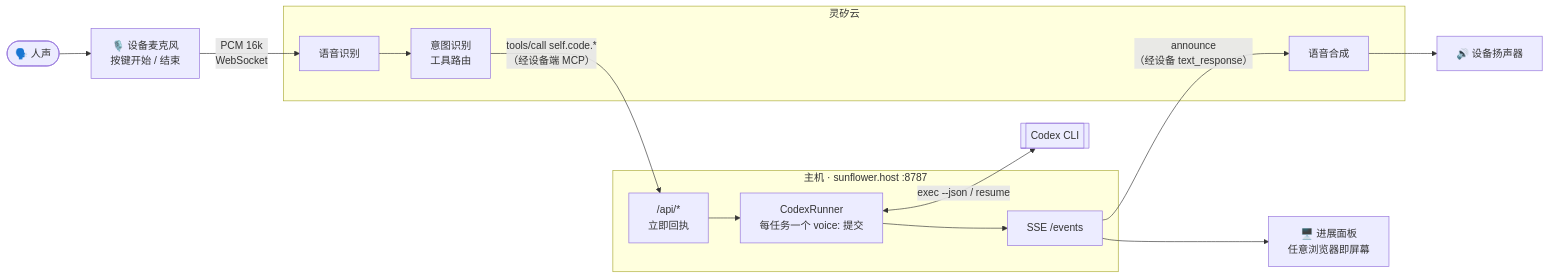
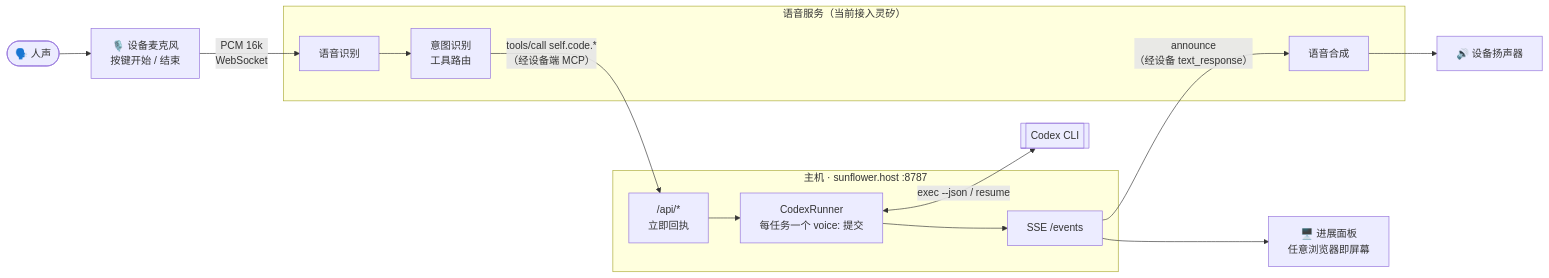
The first of 2 diagrams in README.md (Qiniu-ERE/Sunflower), drawn with Mermaid before and after one commit. The commit also changed other lines of this file and 14 other files, not shown here.

````diff
--- a/README.md
+++ b/README.md
@@ -44,22 +73,22 @@
 ```mermaid
 flowchart LR
     U(["🗣️ 人声"]) --> MIC["🎙️ 设备麦克风<br>按键开始 / 结束"]
     MIC -- "PCM 16k<br>WebSocket" --> ASR
 
-    subgraph LINX["灵矽云"]
+    subgraph LINX["语音服务（当前接入灵矽）"]
         ASR["语音识别"] --> LLM["意图识别<br>工具路由"]
         TTS["语音合成"]
     end
 
     LLM -- "tools/call self.code.*<br>（经设备端 MCP）" --> API
 
     subgraph HOST["主机 · sunflower.host :8787"]
         API["/api/*<br>立即回执"] --> R["CodexRunner<br>每任务一个 voice: 提交"]
         R --> SSE["SSE /events"]
     end
 
     R <-- "exec --json / resume" --> CX[["Codex CLI"]]
     SSE --> P["🖥️ 进展面板<br>任意浏览器即屏幕"]
     SSE -- "announce<br>（经设备 text_response）" --> TTS
     TTS --> SPK["🔊 设备扬声器"]
 ```
````
